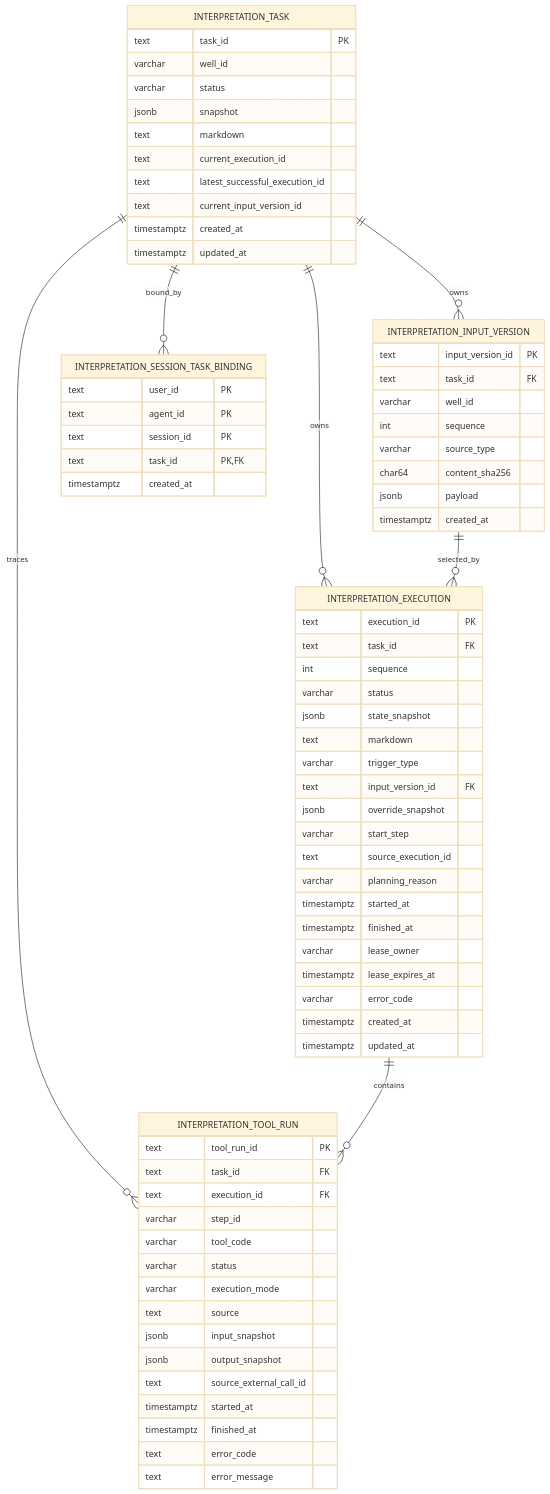
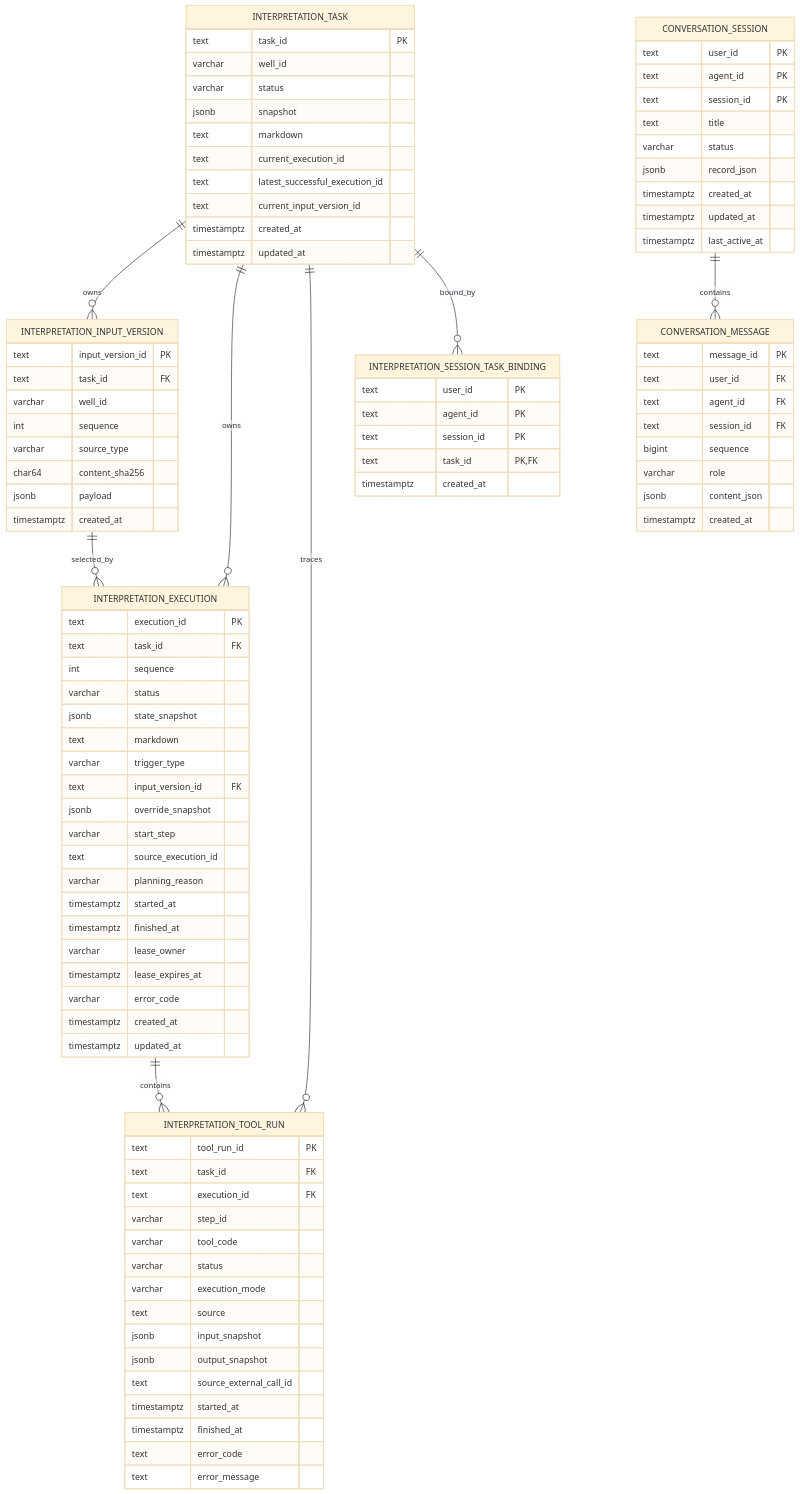
Before and after one commit to hytgithub/cnlc-agentscope: the first of 3 diagrams in docs/07-database-design.md, drawn with Mermaid (base theme). The commit also changed other lines of this file and 14 other files, not shown here.

```diff
--- a/docs/07-database-design.md
+++ b/docs/07-database-design.md
@@ -73,6 +73,28 @@
         text error_code
         text error_message
     }
+    CONVERSATION_SESSION ||--o{ CONVERSATION_MESSAGE : contains
+    CONVERSATION_SESSION {
+        text user_id PK
+        text agent_id PK
+        text session_id PK
+        text title
+        varchar status
+        jsonb record_json
+        timestamptz created_at
+        timestamptz updated_at
+        timestamptz last_active_at
+    }
+    CONVERSATION_MESSAGE {
+        text message_id PK
+        text user_id FK
+        text agent_id FK
+        text session_id FK
+        bigint sequence
+        varchar role
+        jsonb content_json
+        timestamptz created_at
+    }
     INTERPRETATION_SESSION_TASK_BINDING {
         text user_id PK
         text agent_id PK
```
